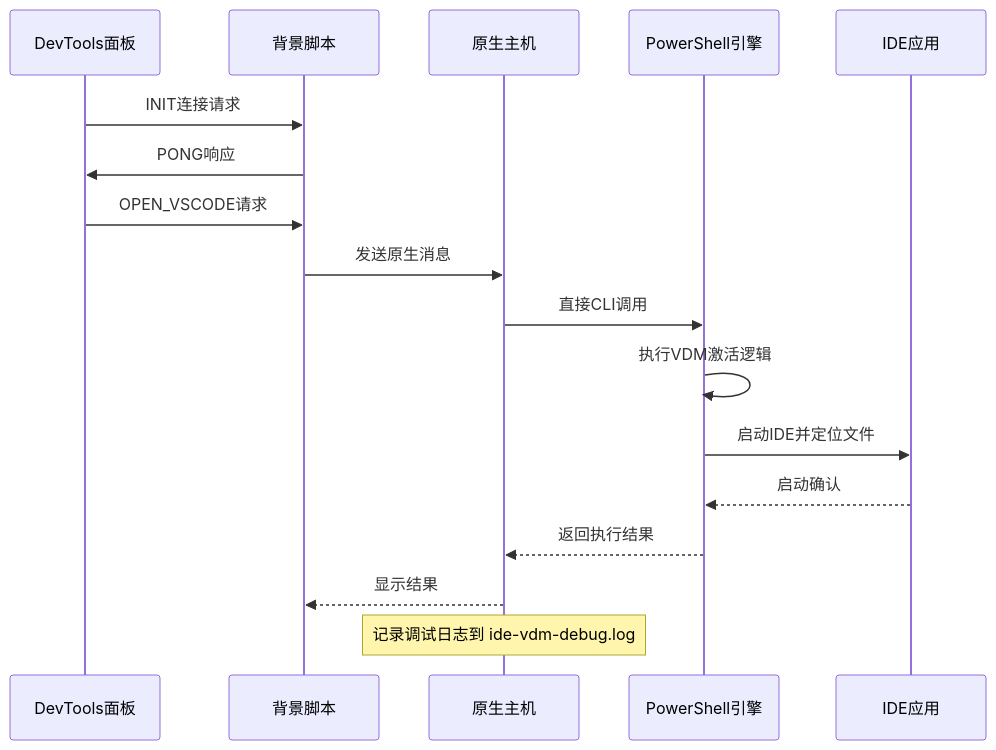
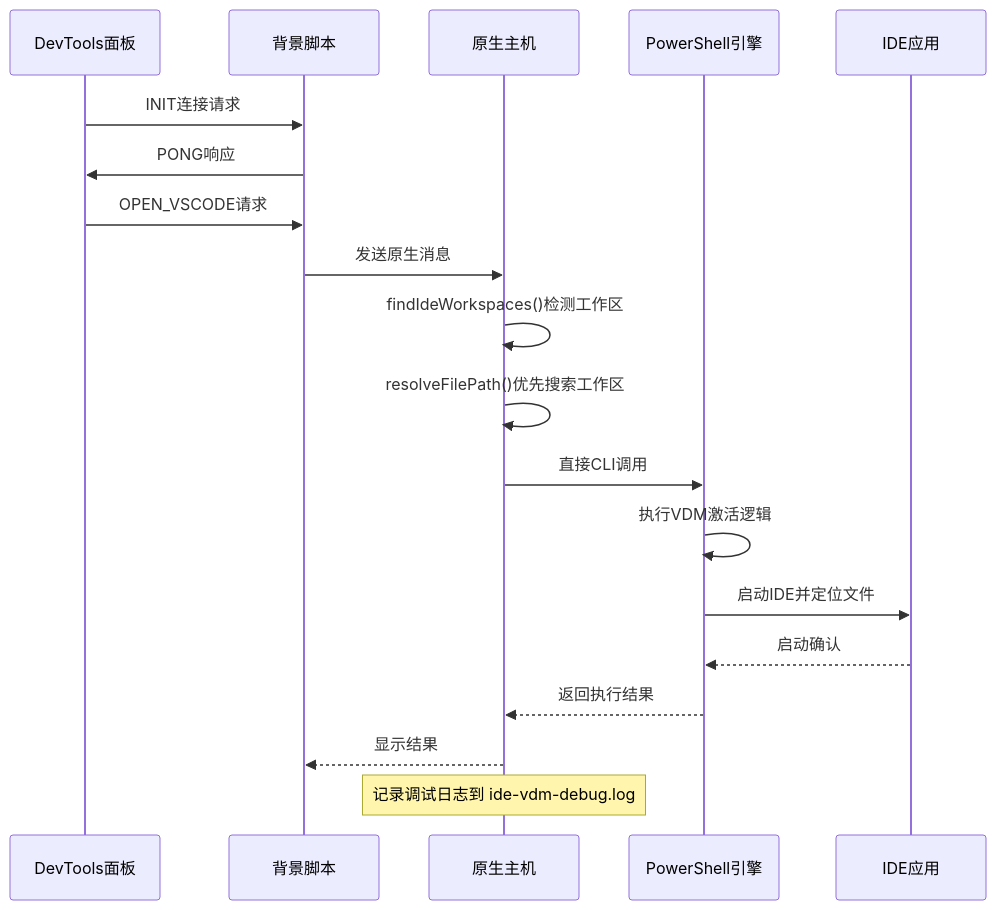
Before and after one commit to wangys-123doit/hotkey: the second of 14 diagrams in .qoder/repowiki/zh/content/外部工具集成/DevTools VS Code 开发者工具集成系统.md, drawn with Mermaid. The commit also changed other lines of this file and 5 other files, not shown here.

First line of the commit message:
feat(native-host): 增加IDE工作区发现功能及路径解析优化

````diff
--- a/.qoder/repowiki/zh/content/外部工具集成/DevTools VS Code 开发者工具集成系统.md
+++ b/.qoder/repowiki/zh/content/外部工具集成/DevTools VS Code 开发者工具集成系统.md
@@ -133,19 +139,21 @@
 ```mermaid
 sequenceDiagram
 participant DevTools as DevTools面板
 participant Background as 背景脚本
 participant NativeHost as 原生主机
 participant PowerShell as PowerShell引擎
 participant IDE as IDE应用
 DevTools->>Background : INIT连接请求
 Background->>DevTools : PONG响应
 DevTools->>Background : OPEN_VSCODE请求
 Background->>NativeHost : 发送原生消息
+NativeHost->>NativeHost : findIdeWorkspaces()检测工作区
+NativeHost->>NativeHost : resolveFilePath()优先搜索工作区
 NativeHost->>PowerShell : 直接CLI调用
 PowerShell->>PowerShell : 执行VDM激活逻辑
 PowerShell->>IDE : 启动IDE并定位文件
 IDE-->>PowerShell : 启动确认
 PowerShell-->>NativeHost : 返回执行结果
 NativeHost-->>Background : 显示结果
 Note over NativeHost : 记录调试日志到 ide-vdm-debug.log
 ```
````
